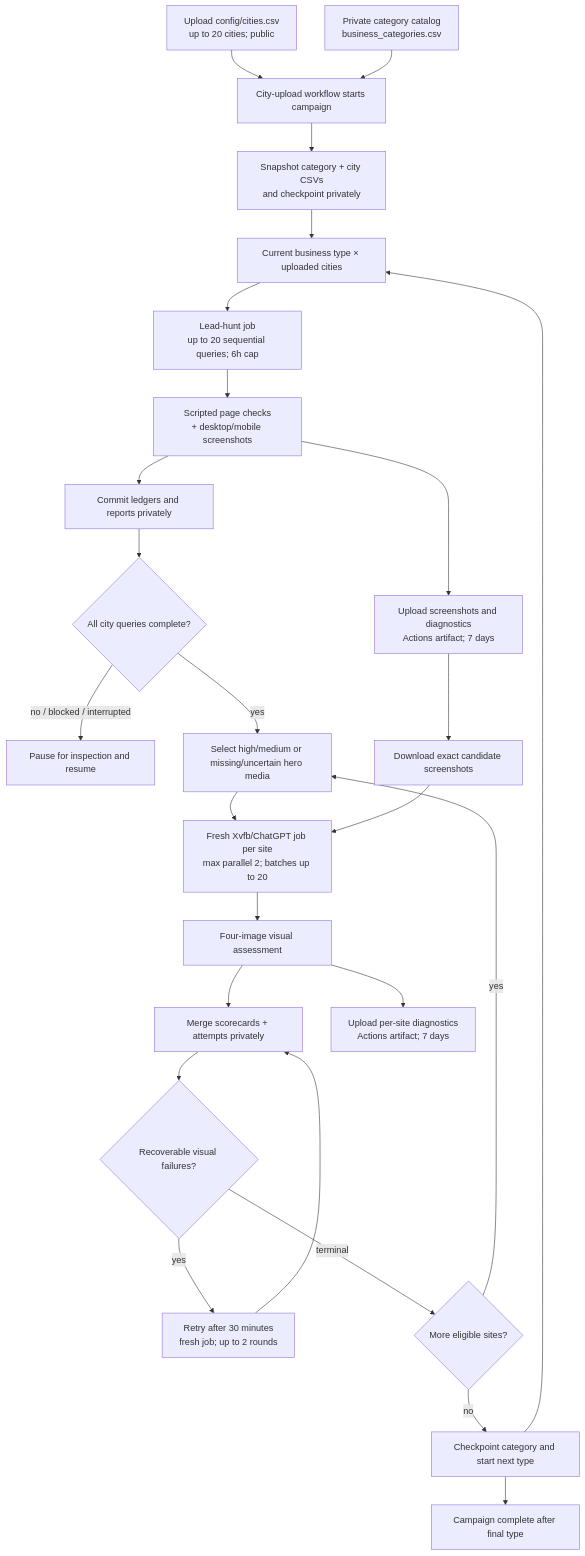
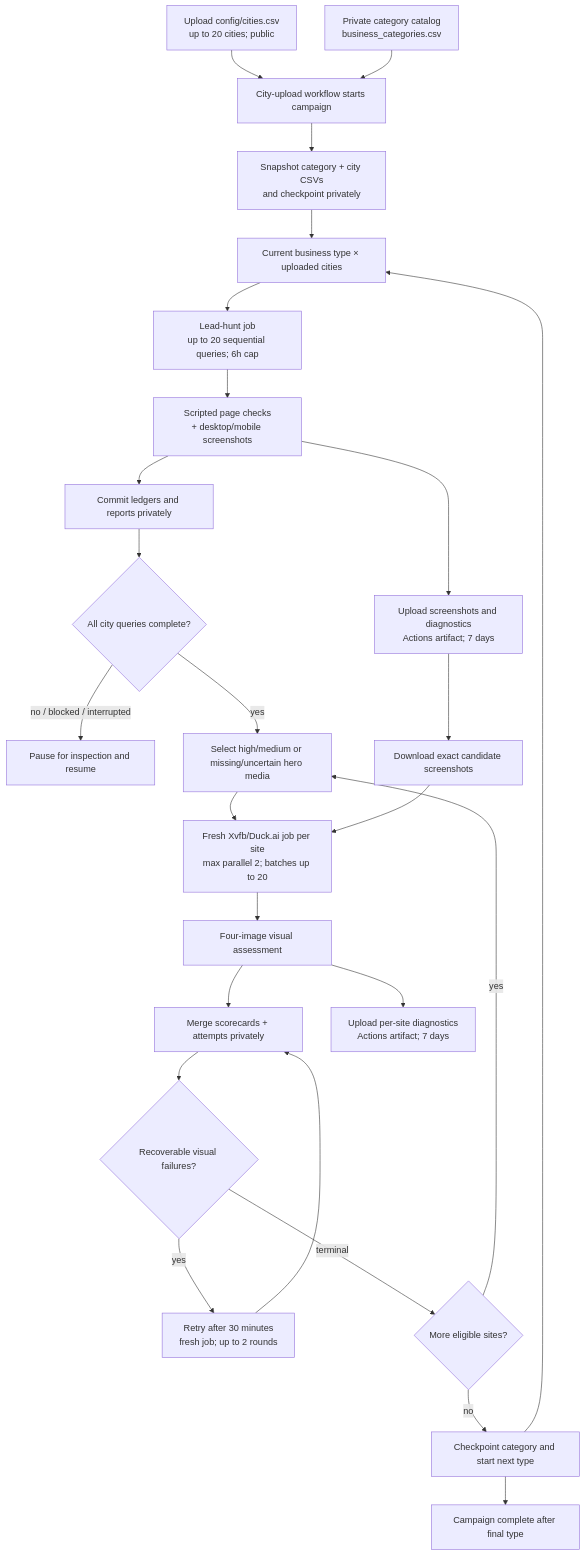
Before and after one commit to hometownredesignsites/website-lead-hunting: the diagram in README.md, drawn with Mermaid. The commit also changed other lines of this file and 29 other files, not shown here.

````diff
--- a/README.md
+++ b/README.md
@@ -32,28 +32,28 @@
 ```mermaid
 flowchart TD
     A[Upload config/cities.csv<br/>up to 20 cities; public] --> B[City-upload workflow starts campaign]
     C[Private category catalog<br/>business_categories.csv] --> B
     B --> D[Snapshot category + city CSVs<br/>and checkpoint privately]
     D --> E[Current business type × uploaded cities]
     E --> F[Lead-hunt job<br/>up to 20 sequential queries; 6h cap]
     F --> G[Scripted page checks<br/>+ desktop/mobile screenshots]
     G --> H[Commit ledgers and reports privately]
     G --> I[Upload screenshots and diagnostics<br/>Actions artifact; 7 days]
     H --> J{All city queries complete?}
     J -- no / blocked / interrupted --> K[Pause for inspection and resume]
     J -- yes --> L[Select high/medium or missing/uncertain hero media]
     I --> M[Download exact candidate screenshots]
-    L --> N[Fresh Xvfb/ChatGPT job per site<br/>max parallel 2; batches up to 20]
+    L --> N[Fresh Xvfb/Duck.ai job per site<br/>max parallel 2; batches up to 20]
     M --> N
     N --> O[Four-image visual assessment]
     O --> P[Merge scorecards + attempts privately]
     O --> Q[Upload per-site diagnostics<br/>Actions artifact; 7 days]
     P --> R{Recoverable visual failures?}
     R -- yes --> S[Retry after 30 minutes<br/>fresh job; up to 2 rounds]
     S --> P
     R -- terminal --> T{More eligible sites?}
     T -- yes --> L
     T -- no --> U[Checkpoint category and start next type]
     U --> E
     U --> V[Campaign complete after final type]
 ```
````
